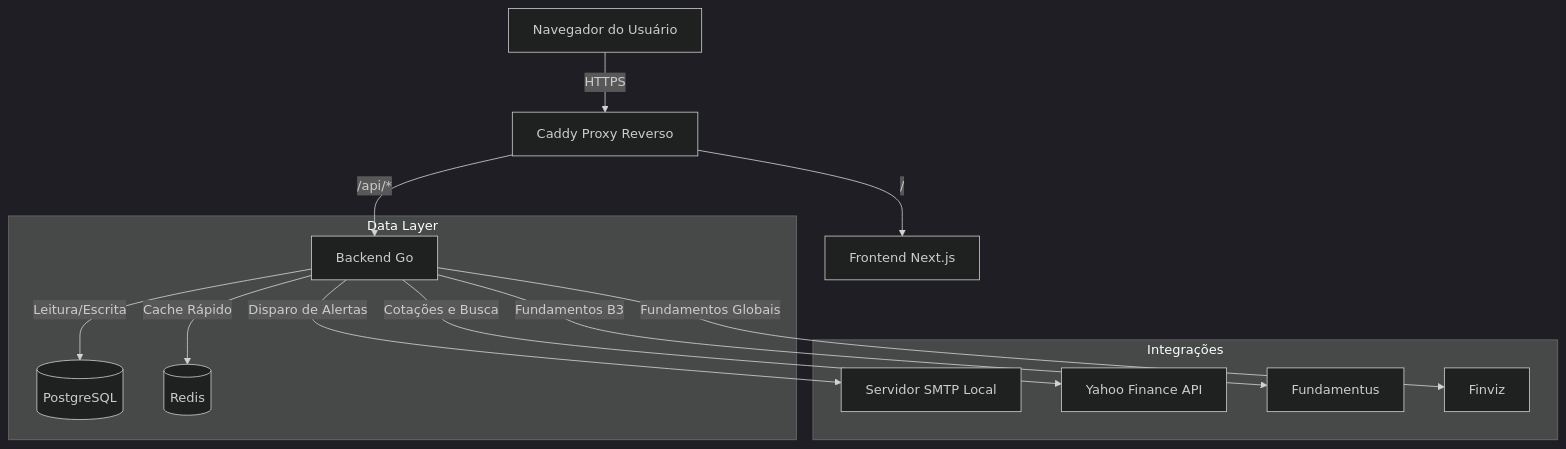
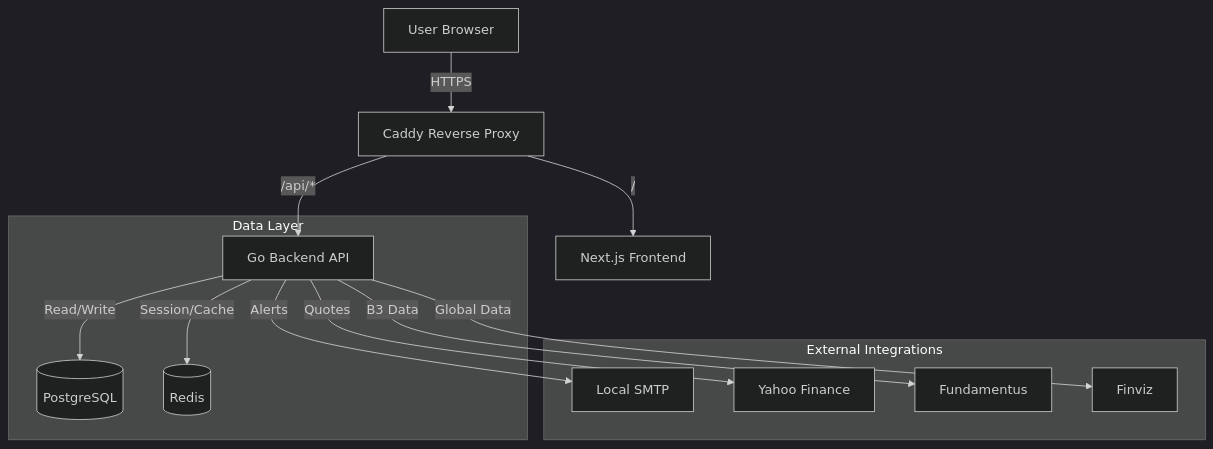
One commit to enakamura3/stock-pulse changed the first of 6 diagrams in README.md. Above: the diagram before and after it, drawn with Mermaid (dark theme). The commit also changed other lines of this file, not shown here.

````diff
--- a/README.md
+++ b/README.md
@@ -147,18 +109,18 @@
 ```mermaid
 graph TD
-    Client[Navegador do Usuário] -->|HTTPS| Caddy[Caddy Proxy Reverso]
-    Caddy -->|/api/*| GoAPI[Backend Go]
-    Caddy -->|/| NextJS[Frontend Next.js]
+    Client[User Browser] -->|HTTPS| Caddy[Caddy Reverse Proxy]
+    Caddy -->|/api/*| GoAPI[Go Backend API]
+    Caddy -->|/| NextJS[Next.js Frontend]
     
     subgraph Data Layer
-        GoAPI -->|Leitura/Escrita| PG[(PostgreSQL)]
-        GoAPI -->|Cache Rápido| Redis[(Redis)]
+        GoAPI -->|Read/Write| PG[(PostgreSQL)]
+        GoAPI -->|Session/Cache| Redis[(Redis)]
     end
     
-    subgraph Integrações
-        GoAPI -->|Disparo de Alertas| Mailpit[Servidor SMTP Local]
-        GoAPI -->|Cotações e Busca| Yahoo[Yahoo Finance API]
-        GoAPI -->|Fundamentos B3| Fundamentus[Fundamentus]
-        GoAPI -->|Fundamentos Globais| Finviz[Finviz]
+    subgraph External Integrations
+        GoAPI -->|Alerts| Mailpit[Local SMTP]
+        GoAPI -->|Quotes| Yahoo[Yahoo Finance]
+        GoAPI -->|B3 Data| Fundamentus[Fundamentus]
+        GoAPI -->|Global Data| Finviz[Finviz]
     end
 ```
````
